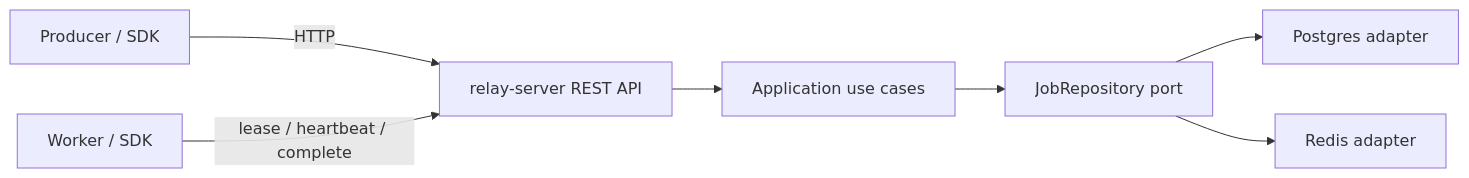
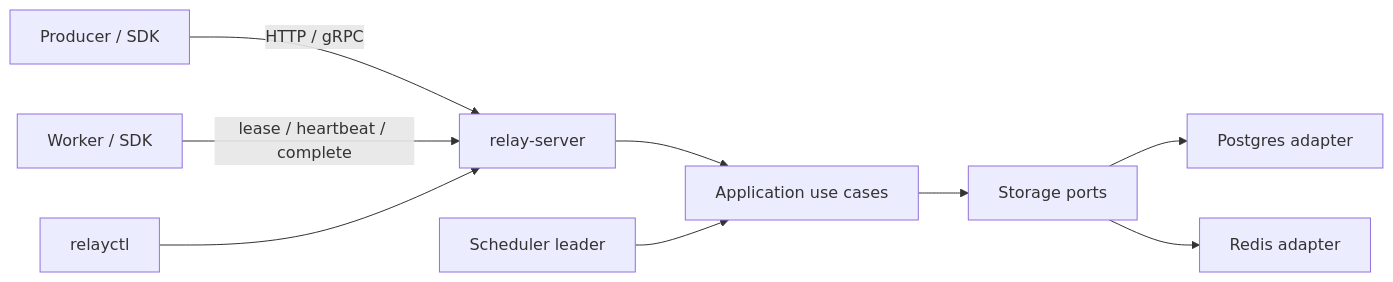
Before and after one commit to MEHRDADsmj/Relay: the diagram in README.md, drawn with Mermaid. The commit also changed other lines of this file and 5 other files, not shown here.

````diff
--- a/README.md
+++ b/README.md
@@ -15,9 +16,11 @@
 ```mermaid
 flowchart LR
-  Producer["Producer / SDK"] -->|HTTP| API["relay-server REST API"]
+  Producer["Producer / SDK"] -->|HTTP / gRPC| API["relay-server"]
   Worker["Worker / SDK"] -->|lease / heartbeat / complete| API
+  CLI["relayctl"] --> API
   API --> App["Application use cases"]
-  App --> Port["JobRepository port"]
+  App --> Port["Storage ports"]
   Port --> PG["Postgres adapter"]
   Port --> RD["Redis adapter"]
+  Sched["Scheduler leader"] --> App
 ```
````
